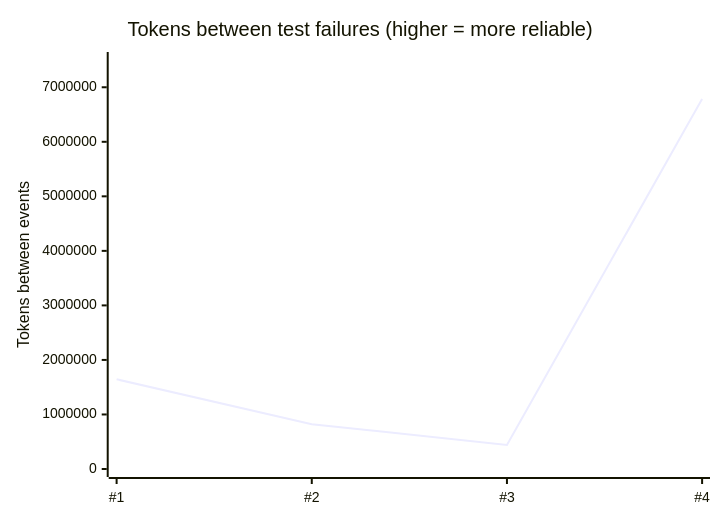
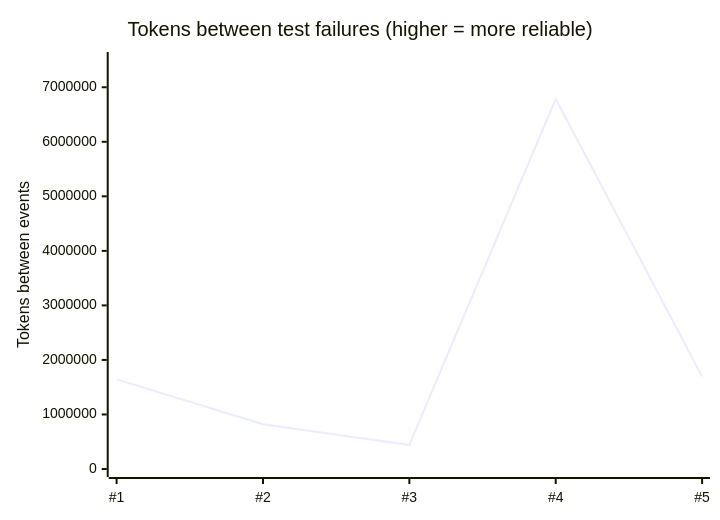
The first of 2 diagrams in ts/packages/defaultAgentProvider/test/reliability/README.md (microsoft/TypeAgent), drawn with Mermaid before and after one commit. The commit also changed other lines of this file and 1 other file, not shown here.

````diff
--- a/ts/packages/defaultAgentProvider/test/reliability/README.md
+++ b/ts/packages/defaultAgentProvider/test/reliability/README.md
@@ -31,7 +31,7 @@
 ```mermaid
 xychart-beta
     title "Tokens between test failures (higher = more reliable)"
-    x-axis ["#1", "#2", "#3", "#4"]
+    x-axis ["#1", "#2", "#3", "#4", "#5"]
     y-axis "Tokens between events" 0 --> 7500000
-    line [1644570, 821876, 441657, 6786251]
+    line [1644570, 821876, 441657, 6786251, 1696140]
 ```
````
